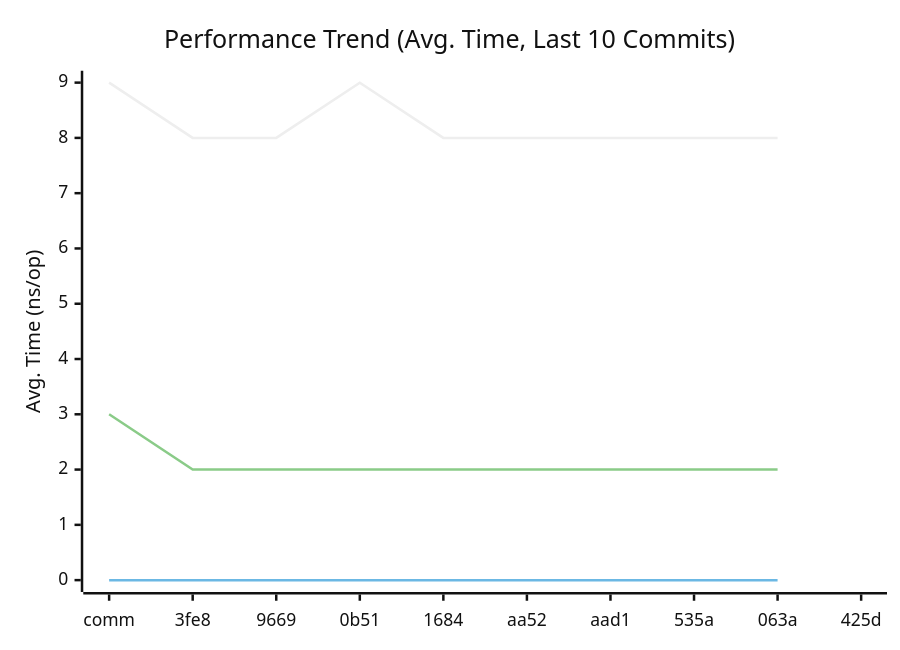
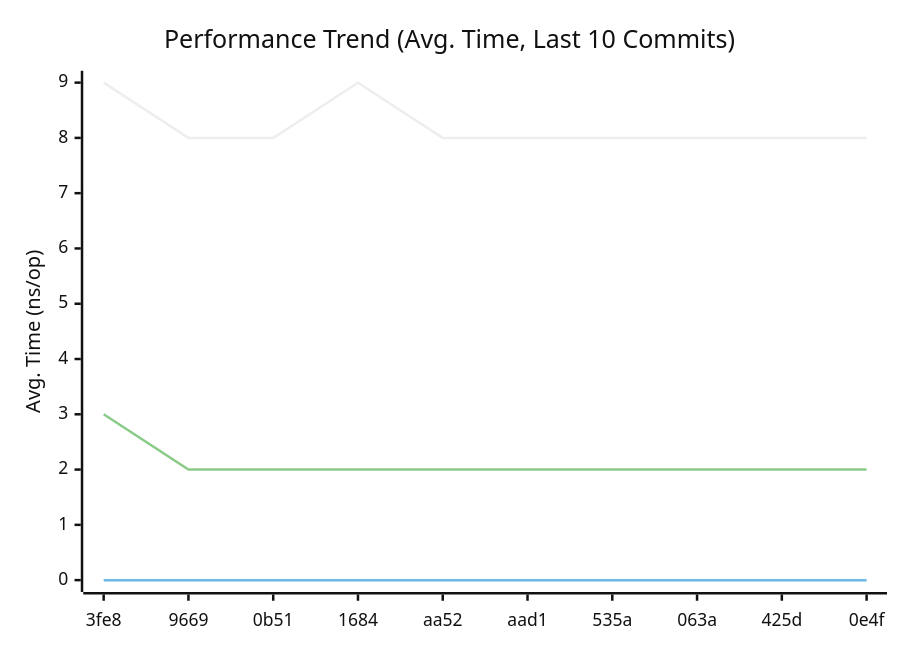
Before and after one commit to alsotoes/momo: the first of 3 diagrams in doc/README.md, drawn with Mermaid (neutral theme). The commit also changed other lines of this file and 1 other file, not shown here.

````diff
--- a/doc/README.md
+++ b/doc/README.md
@@ -290,10 +290,10 @@
 ```mermaid
 xychart-beta
     title "Performance Trend (Avg. Time, Last 10 Commits)"
     x-axis "Commit"
     y-axis "Avg. Time (ns/op)"
-    x-axis [comm,3fe8,9669,0b51,1684,aa52,aad1,535a,063a,425d]
-    line "CheckMetricsAndSwap" [9,8,8,9,8,8,8,8,8]
-    line "IndexDirectTracking" [0,0,0,0,0,0,0,0,0]
-    line "IndexSearch" [3,2,2,2,2,2,2,2,2]
+    x-axis [3fe8,9669,0b51,1684,aa52,aad1,535a,063a,425d,0e4f]
+    line "CheckMetricsAndSwap" [9,8,8,9,8,8,8,8,8,8]
+    line "IndexDirectTracking" [0,0,0,0,0,0,0,0,0,0]
+    line "IndexSearch" [3,2,2,2,2,2,2,2,2,2]
 ```
````
